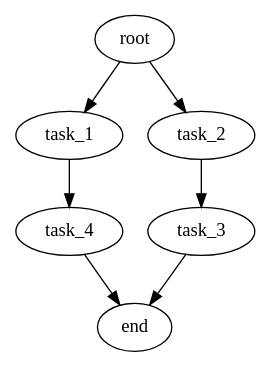
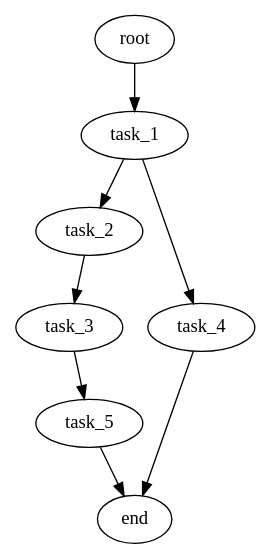
Before and after one commit to Ksenia-C/dslab: the diagram in tools/dag_gen/gen_multithread_program_tmp/main_thread.dot, drawn with Graphviz. The commit also changed 62 other files, not shown here.

```diff
--- a/tools/dag_gen/gen_multithread_program_tmp/main_thread.dot
+++ b/tools/dag_gen/gen_multithread_program_tmp/main_thread.dot
@@ -1,15 +1,17 @@
 digraph G {
   root [size="1.000000e+00"];
   task_1 [size="2.129140e+01"];
   task_2 [size="1.540917e+01"];
   task_3 [size="7.874991e+00"];
   task_4 [size="5.117865e+01"];
+  task_5 [size="2.390834e+01"];
   end [size="1.000000e+00"];
 
   root -> task_1 [size="1.000000e-12"];
-  root -> task_2 [size="1.000000e-12"];
+  task_1 -> task_2 [size="2.003192e+01"];
   task_1 -> task_4 [size="6.653225e+01"];
   task_2 -> task_3 [size="1.023749e+01"];
-  task_3 -> end [size="1.000000e-12"];
+  task_3 -> task_5 [size="3.108085e+01"];
   task_4 -> end [size="1.000000e-12"];
+  task_5 -> end [size="1.000000e-12"];
 }
```
